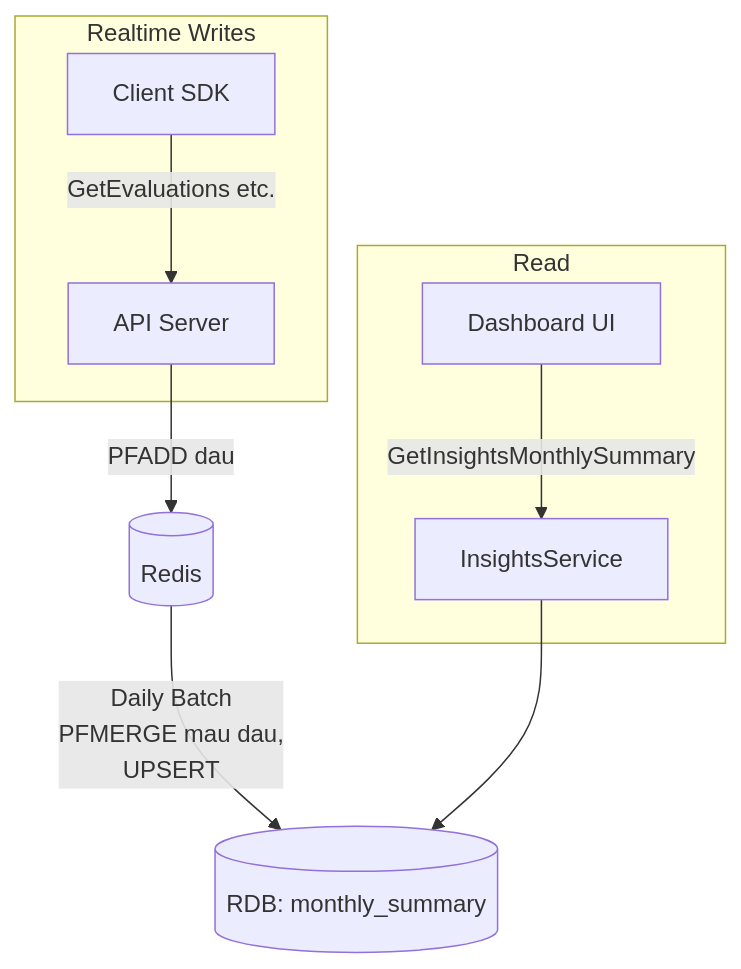
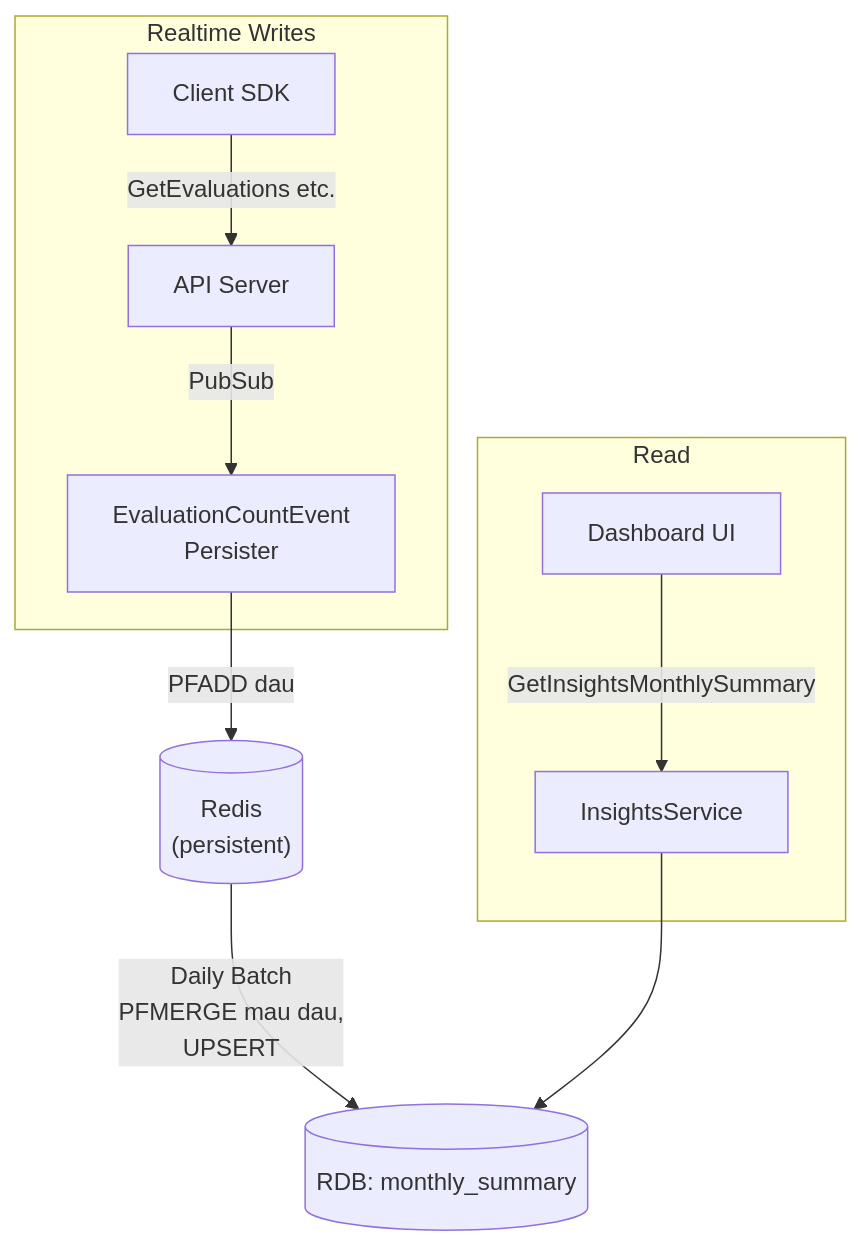
Before and after one commit to bucketeer-io/bucketeer: the second of 2 diagrams in docs/rfcs/0045-insights-dashboard.md, drawn with Mermaid. The commit also changed other lines of this file and 5 other files, not shown here.

Commit message:
count DAU in evaluation_events_evaluation_count_event_persister.go

````diff
--- a/docs/rfcs/0045-insights-dashboard.md
+++ b/docs/rfcs/0045-insights-dashboard.md
@@ -96,16 +96,17 @@
 ```mermaid
 flowchart TB
     subgraph Realtime["Realtime Writes"]
         CLIENT[Client SDK] -->|GetEvaluations etc.| API[API Server]
+        API -->|PubSub| PERSISTER[EvaluationCountEvent<br>Persister]
     end
 
-    API -->|PFADD dau| Redis[(Redis)]
+    PERSISTER -->|PFADD dau| Redis[("Redis<br>(persistent)")]
 
     Redis -->|Daily Batch<br>PFMERGE mau dau,<br>UPSERT| RDB[(RDB: monthly_summary)]
 
     subgraph Read["Read"]
         UI[Dashboard UI] -->|GetInsightsMonthlySummary| IS[InsightsService]
     end
 
     IS --> RDB
 ```
````
